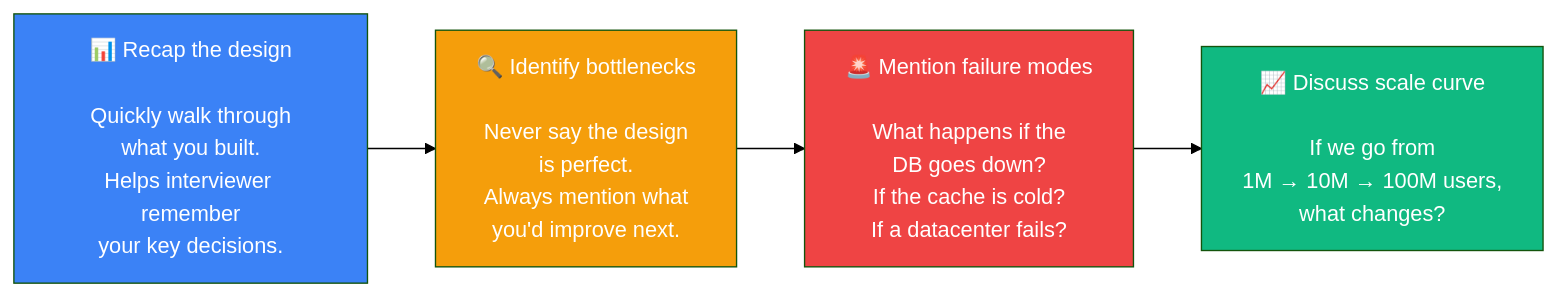
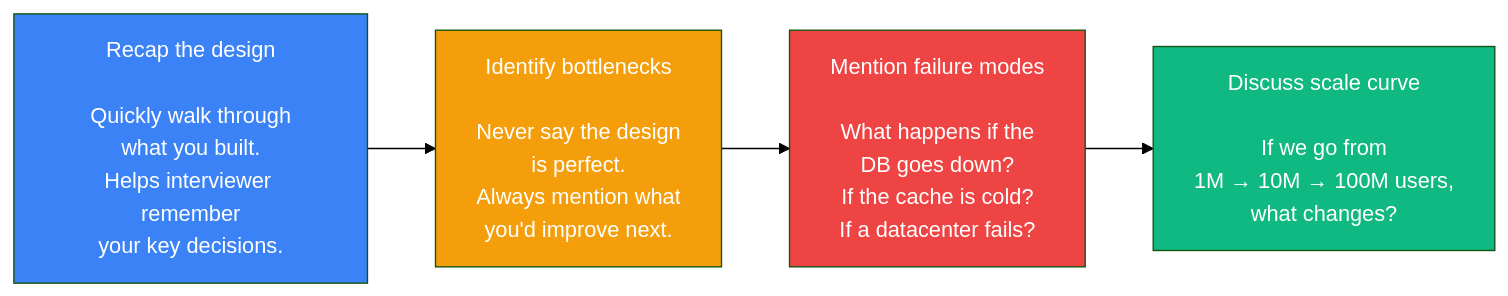
Diagram 13 of 18 in content/posts/2026/framework-for-system-design-interviews.md (devops-monk/system-design-blog), drawn with Mermaid (forest theme) before and after one commit. The commit also changed other lines of this file and 5 other files, not shown here.

````diff
--- a/content/posts/2026/framework-for-system-design-interviews.md
+++ b/content/posts/2026/framework-for-system-design-interviews.md
@@ -553,17 +550,17 @@
 ```mermaid
 flowchart LR
-    W1["📊 Recap the design\n\nQuickly walk through\nwhat you built.\nHelps interviewer remember\nyour key decisions."]
+    W1["Recap the design\n\nQuickly walk through\nwhat you built.\nHelps interviewer remember\nyour key decisions."]
 
-    W2["🔍 Identify bottlenecks\n\nNever say the design\nis perfect.\nAlways mention what\nyou'd improve next."]
+    W2["Identify bottlenecks\n\nNever say the design\nis perfect.\nAlways mention what\nyou'd improve next."]
 
-    W3["🚨 Mention failure modes\n\nWhat happens if the\nDB goes down?\nIf the cache is cold?\nIf a datacenter fails?"]
+    W3["Mention failure modes\n\nWhat happens if the\nDB goes down?\nIf the cache is cold?\nIf a datacenter fails?"]
 
-    W4["📈 Discuss scale curve\n\nIf we go from\n1M → 10M → 100M users,\nwhat changes?"]
+    W4["Discuss scale curve\n\nIf we go from\n1M → 10M → 100M users,\nwhat changes?"]
 
     W1 --> W2 --> W3 --> W4
 
     style W1 fill:#3B82F6,color:#fff
     style W2 fill:#F59E0B,color:#fff
     style W3 fill:#EF4444,color:#fff
     style W4 fill:#10B981,color:#fff
 ```
````
